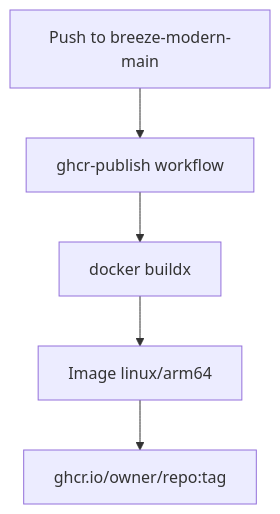
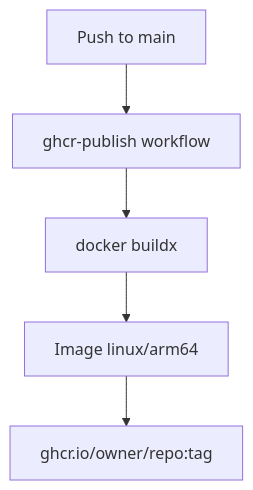
One commit to AmitMhatre-Code/breeze-core-engine changed diagram 15 of 17 in docs/flows.md. Above: the diagram before and after it, drawn with Mermaid. The commit also changed other lines of this file and 24 other files, not shown here.

````diff
--- a/docs/flows.md
+++ b/docs/flows.md
@@ -299,7 +299,7 @@
 ```mermaid
 flowchart TB
-  PUSH[Push to breeze-modern-main] --> GHA[ghcr-publish workflow]
+  PUSH[Push to main] --> GHA[ghcr-publish workflow]
   GHA --> BDX[docker buildx]
   BDX --> IM[Image linux/arm64]
   IM --> GHCR[ghcr.io/owner/repo:tag]
 ```
````
